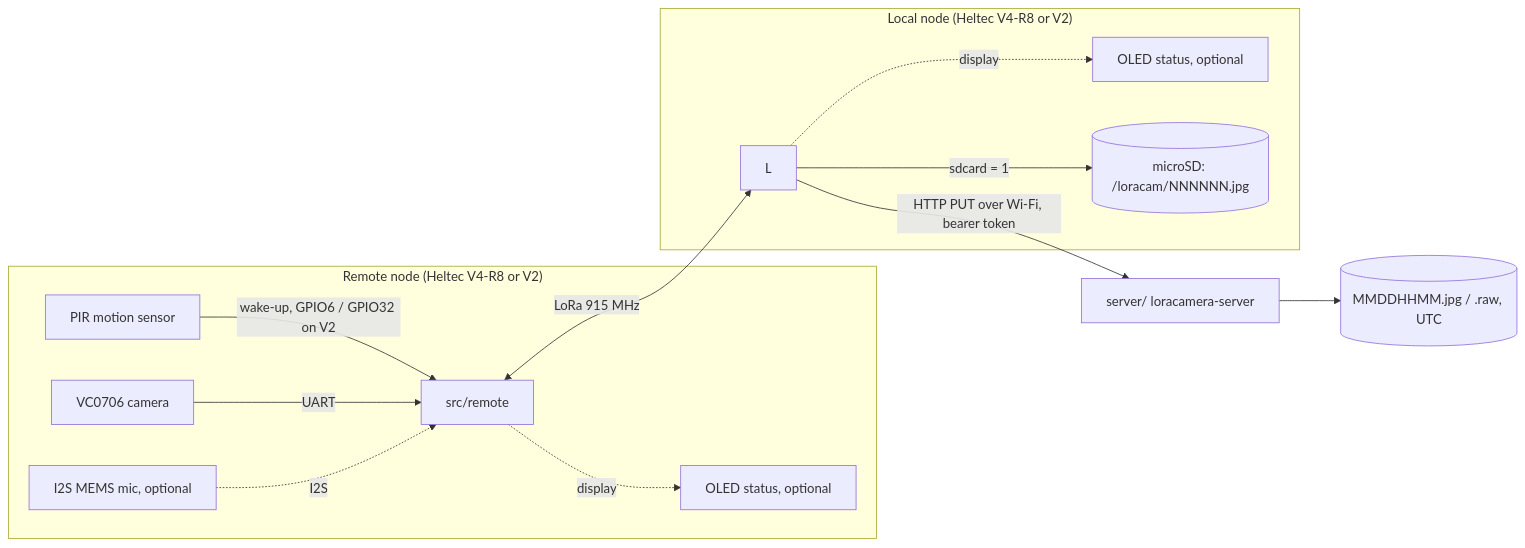
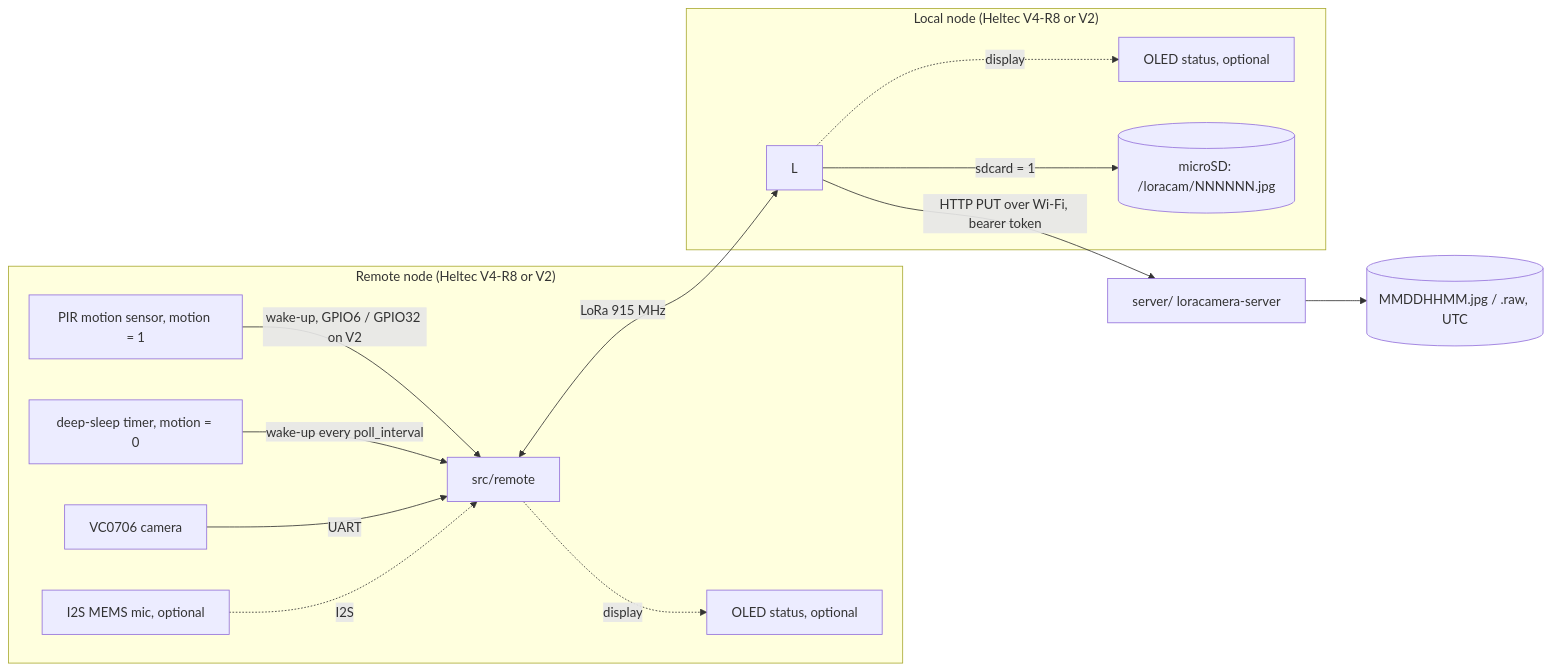
The diagram in docs/README.md (gfnord/loracamera), drawn with Mermaid before and after one commit. The commit also changed other lines of this file and 13 other files, not shown here.

````diff
--- a/docs/README.md
+++ b/docs/README.md
@@ -5,16 +5,17 @@
 ```mermaid
 flowchart LR
     subgraph Field["Remote node (Heltec V4-R8 or V2)"]
-        PIR[PIR motion sensor] -->|wake-up, GPIO6 / GPIO32 on V2| R
+        PIR[PIR motion sensor, motion = 1] -->|wake-up, GPIO6 / GPIO32 on V2| R
+        TMR[deep-sleep timer, motion = 0] -->|wake-up every poll_interval| R
         CAM[VC0706 camera] -->|UART| R[src/remote]
         MIC[I2S MEMS mic, optional] -.->|I2S| R
         R -.->|display| ROLED[OLED status, optional]
     end
     subgraph Base["Local node (Heltec V4-R8 or V2)"]
         L -.->|display| OLED[OLED status, optional]
         L -->|sdcard = 1| SD[(microSD: /loracam/NNNNNN.jpg)]
     end
     R <-->|LoRa 915 MHz| L
     L -->|HTTP PUT over Wi-Fi, bearer token| S[server/ loracamera-server]
     S --> F[(MMDDHHMM.jpg / .raw, UTC)]
 ```
````
